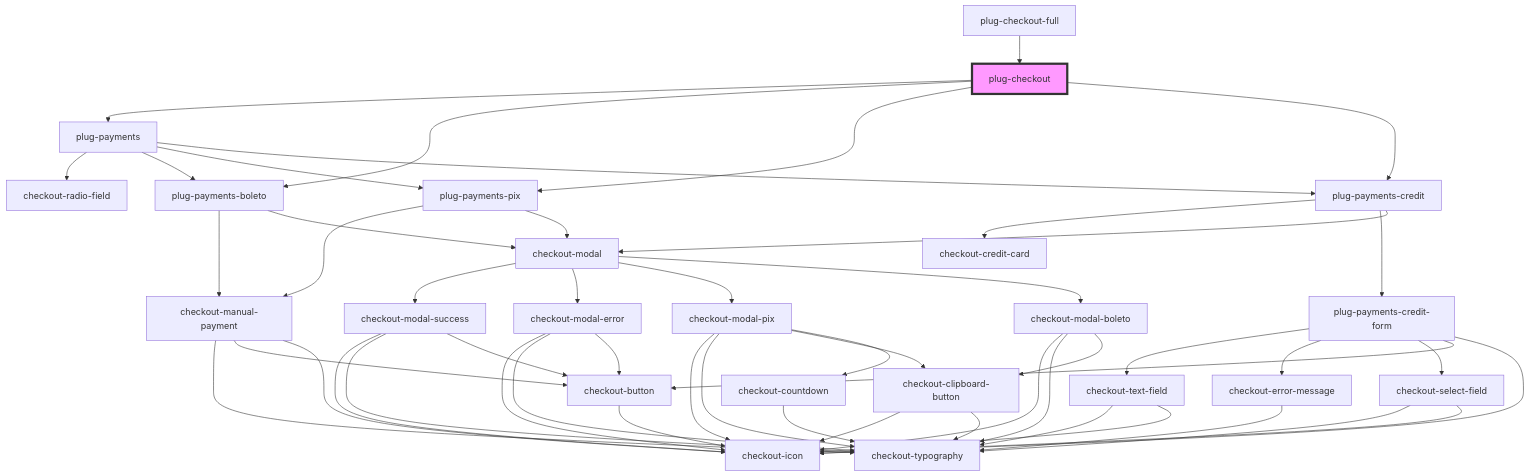
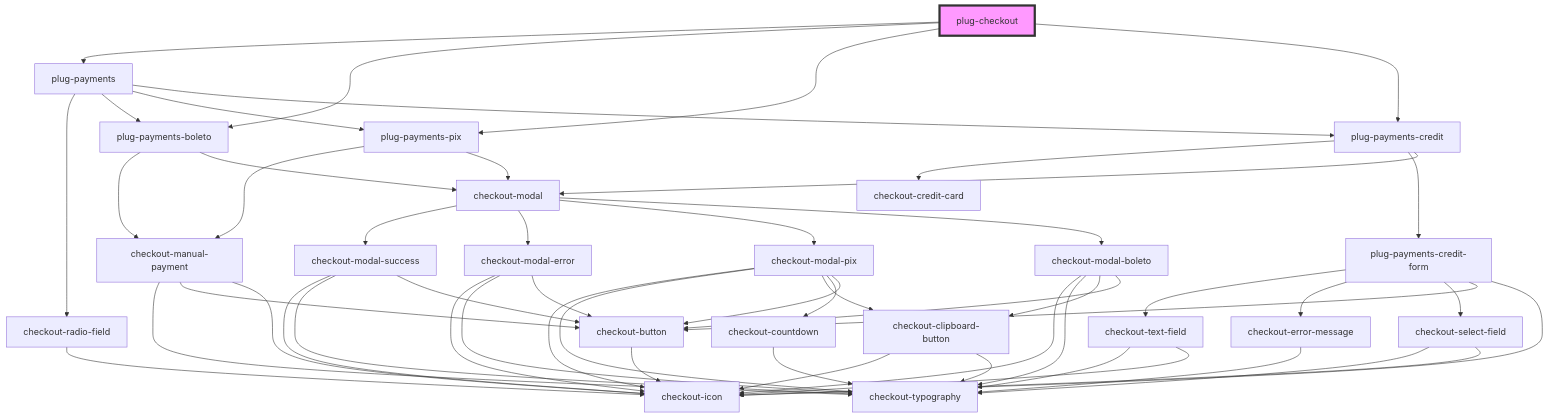
One commit to plughacker/malga-checkout changed the diagram in packages/checkout/core/src/components/plug-checkout/readme.md. Above: the diagram before and after it, drawn with Mermaid. The commit also changed other lines of this file and 51 other files, not shown here.

Commit message:
chore(plug-checkout-full): split core of component in other package

````diff
--- a/packages/checkout/core/src/components/plug-checkout/readme.md
+++ b/packages/checkout/core/src/components/plug-checkout/readme.md
@@ -54,54 +50,56 @@
 ```mermaid
 graph TD;
   plug-checkout --> plug-payments
   plug-checkout --> plug-payments-boleto
   plug-checkout --> plug-payments-pix
   plug-checkout --> plug-payments-credit
   plug-payments --> checkout-radio-field
   plug-payments --> plug-payments-boleto
   plug-payments --> plug-payments-pix
   plug-payments --> plug-payments-credit
+  checkout-radio-field --> checkout-icon
   plug-payments-boleto --> checkout-manual-payment
   plug-payments-boleto --> checkout-modal
   checkout-manual-payment --> checkout-typography
   checkout-manual-payment --> checkout-button
   checkout-manual-payment --> checkout-icon
   checkout-button --> checkout-icon
   checkout-modal --> checkout-modal-success
   checkout-modal --> checkout-modal-error
   checkout-modal --> checkout-modal-pix
   checkout-modal --> checkout-modal-boleto
   checkout-modal-success --> checkout-icon
   checkout-modal-success --> checkout-typography
   checkout-modal-success --> checkout-button
   checkout-modal-error --> checkout-icon
   checkout-modal-error --> checkout-typography
   checkout-modal-error --> checkout-button
   checkout-modal-pix --> checkout-icon
   checkout-modal-pix --> checkout-typography
   checkout-modal-pix --> checkout-clipboard-button
   checkout-modal-pix --> checkout-countdown
+  checkout-modal-pix --> checkout-button
   checkout-clipboard-button --> checkout-icon
   checkout-clipboard-button --> checkout-typography
   checkout-countdown --> checkout-typography
   checkout-modal-boleto --> checkout-icon
   checkout-modal-boleto --> checkout-typography
   checkout-modal-boleto --> checkout-clipboard-button
+  checkout-modal-boleto --> checkout-button
   plug-payments-pix --> checkout-manual-payment
   plug-payments-pix --> checkout-modal
   plug-payments-credit --> checkout-credit-card
   plug-payments-credit --> plug-payments-credit-form
   plug-payments-credit --> checkout-modal
   plug-payments-credit-form --> checkout-text-field
   plug-payments-credit-form --> checkout-error-message
   plug-payments-credit-form --> checkout-select-field
   plug-payments-credit-form --> checkout-button
   plug-payments-credit-form --> checkout-icon
   checkout-text-field --> checkout-typography
   checkout-text-field --> checkout-icon
   checkout-error-message --> checkout-typography
   checkout-select-field --> checkout-typography
   checkout-select-field --> checkout-icon
-  plug-checkout-full --> plug-checkout
   style plug-checkout fill:#f9f,stroke:#333,stroke-width:4px
 ```
````
